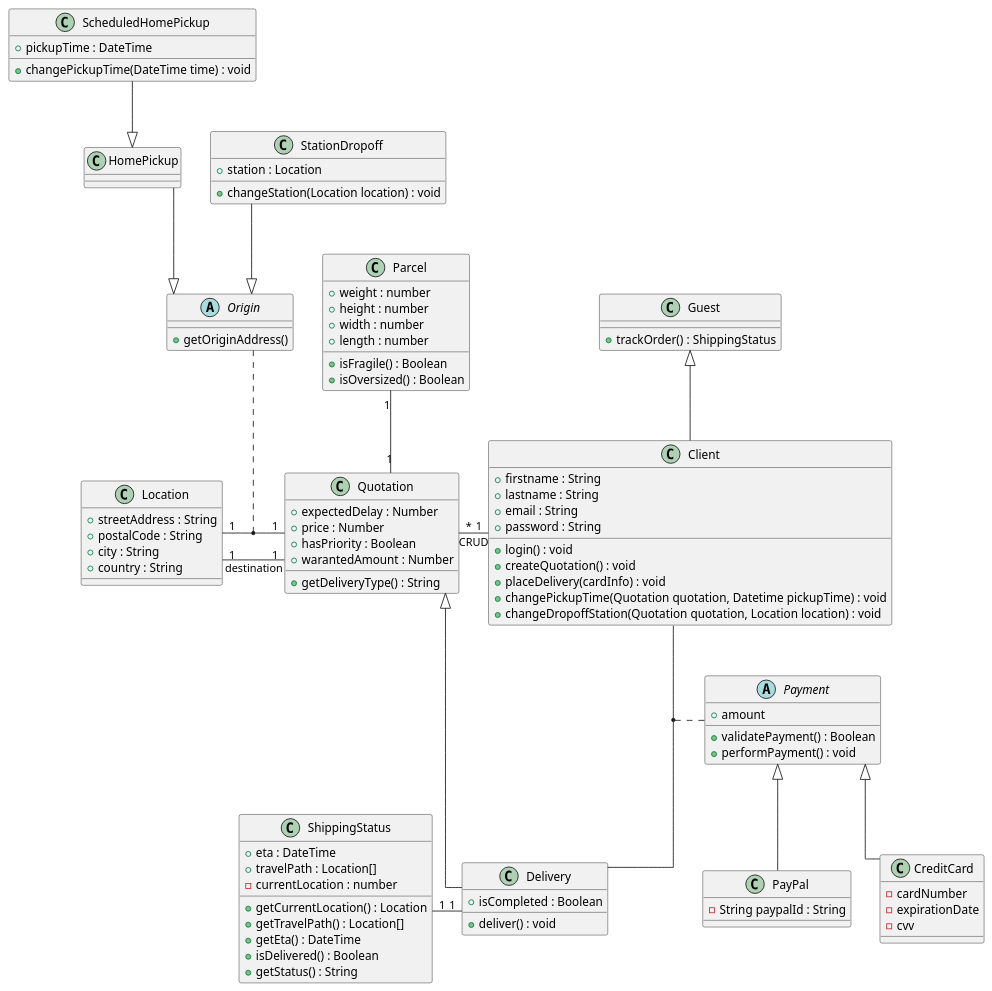
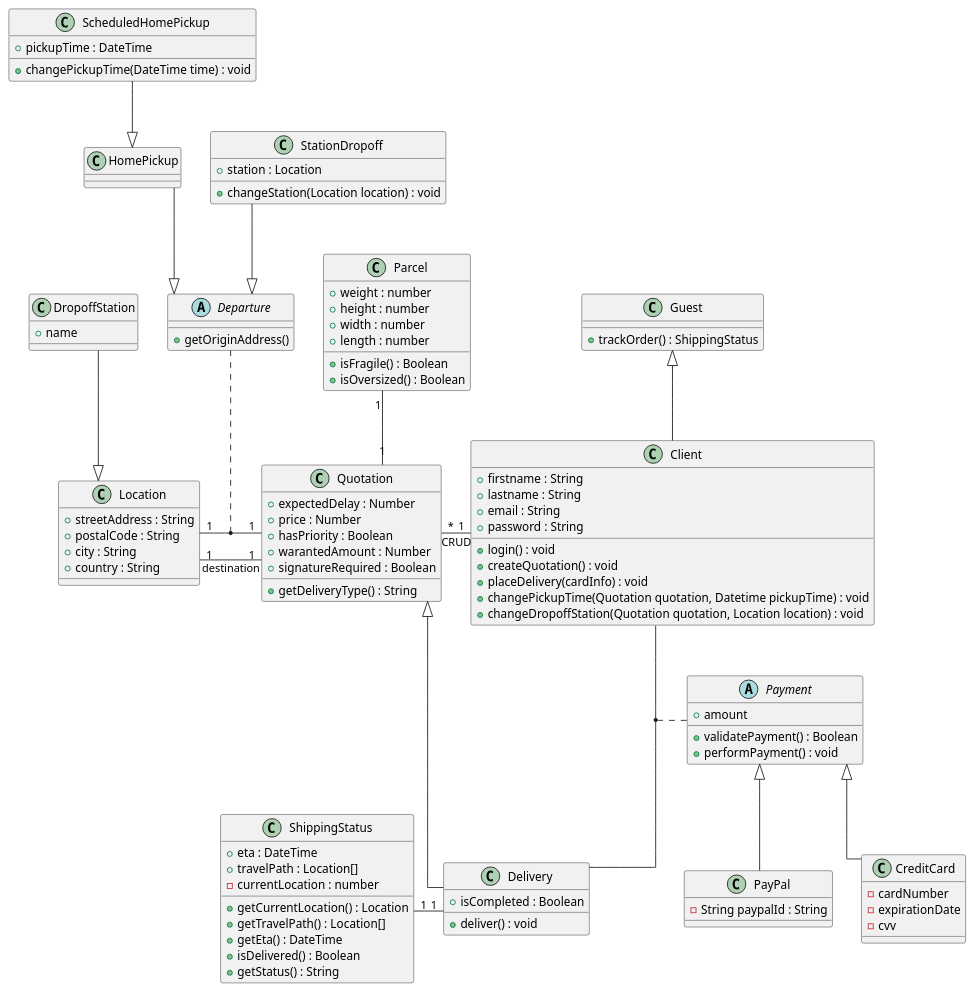
One commit to FrancoDominguez/SOEN343-CPS changed the diagram in documentation/classDiagram.puml. Above: the diagram before and after it, drawn with PlantUML. The commit also changed 2 other files, not shown here.

```diff
--- a/documentation/classDiagram.puml
+++ b/documentation/classDiagram.puml
@@ -1,107 +1,111 @@
 @startuml classDiagram
 skinparam linetype ortho
 
 class Guest {
   + trackOrder() : ShippingStatus
 }
 
 class Client {
   + firstname : String
   + lastname : String
   + email : String
   + password : String
   + login() : void
   + createQuotation() : void
   + placeDelivery(cardInfo) : void
   + changePickupTime(Quotation quotation, Datetime pickupTime) : void
   + changeDropoffStation(Quotation quotation, Location location) : void
 }
 
 abstract class Payment {
   + amount
   + validatePayment() : Boolean
   + performPayment() : void
 }
 
 class PayPal extends Payment {
   - String paypalId : String
 }
 
 class CreditCard extends Payment{
   - cardNumber
   - expirationDate
   - cvv
 }
 
 class Location {
   + streetAddress : String
   + postalCode : String
   + city : String
   + country : String
 }
 
-abstract class Origin {
+class DropoffStation {
+  + name
+}
+
+abstract class Departure {
   + getOriginAddress()
 }
 
 class HomePickup{}
 class ScheduledHomePickup{
   + pickupTime : DateTime
   + changePickupTime(DateTime time) : void
 }
 
 class StationDropoff{
   + station : Location
   + changeStation(Location location) : void
 }
 
 class Quotation {
   + expectedDelay : Number
   + price : Number
   + hasPriority : Boolean
   + warantedAmount : Number
+  + signatureRequired : Boolean
   + getDeliveryType() : String
 }
 
 class Delivery {
   + isCompleted : Boolean
   + deliver() : void
 }
 
 class ShippingStatus {
   + eta : DateTime
   + travelPath : Location[]
   - currentLocation : number
   + getCurrentLocation() : Location
   + getTravelPath() : Location[]
   + getEta() : DateTime
   + isDelivered() : Boolean
   + getStatus() : String
 }
 
-
 class Parcel {
   + weight : number
   + height : number
   + width : number
   + length : number
   + isFragile() : Boolean
   + isOversized() : Boolean
 }
 
 Guest <|-- Client
 Quotation <|-- Delivery
-StationDropoff --|> Origin
-HomePickup --|> Origin
+StationDropoff --|> Departure
+HomePickup --|> Departure
 ScheduledHomePickup --|> HomePickup
+DropoffStation -down-|> Location
 
 Client "1" -left- "*" Quotation : CRUD
 Parcel "1" -- "1" Quotation
 Location "1" - "1" Quotation : destination
 Location "1" - "1" Quotation
 (Client, Delivery) .. Payment
-Origin .. (Quotation, Location)
+Departure .. (Quotation, Location)
 Delivery "1" -left- "1" ShippingStatus
 
-
 @enduml
```
